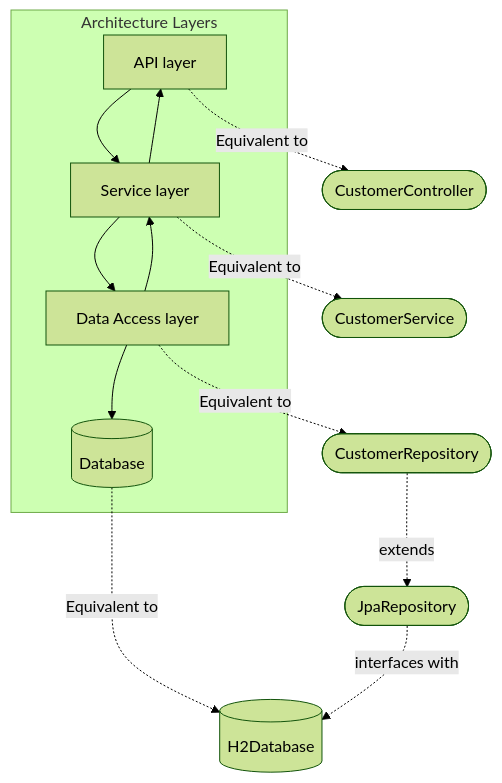
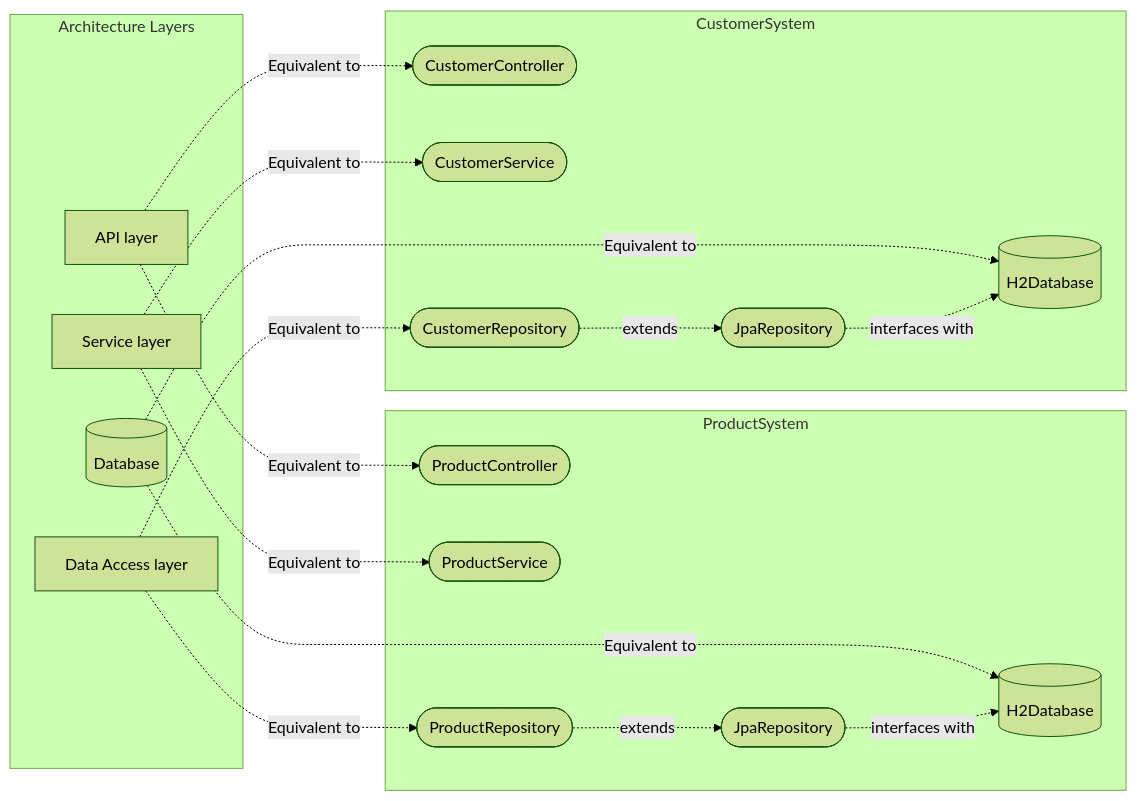
One commit to pauls0/uow-csci318-groupproject changed the first of 3 diagrams in README.md. Above: the diagram before and after it, drawn with Mermaid (forest theme). The commit also changed other lines of this file, not shown here.

Commit message:
Update README.md, product system documentation

````diff
--- a/README.md
+++ b/README.md
@@ -285,25 +459,35 @@
 ```mermaid
-graph TB
+graph LR
+  subgraph Architecture Layers
+    A[API layer]
+    B[Service layer]
+    C[Data Access layer]
+    D[(Database)]
+  end
+  subgraph ProductSystem
+    Class6([ProductController])
+    Class7([ProductService])
+    Class8([ProductRepository])
+    Class9([JpaRepository])
+    Class10[(H2Database)]
+  end
+  subgraph CustomerSystem
     Class1([CustomerController])
     Class2([CustomerService])
     Class3([CustomerRepository])
     Class4([JpaRepository])
     Class5[(H2Database)]
-    subgraph Architecture Layers
-        A[API layer]
-        B[Service layer]
-        C[Data Access layer]
-        D[(Database)]
-        end
-    A --> B
-    B --> A
-    B --> C
-    C --> B
-    C --> D
-    A -.->|Equivalent to| Class1
-    B -.->|Equivalent to| Class2
-    C -.->|Equivalent to| Class3
-    D -.->|Equivalent to| Class5
-    Class3 -.->|extends| Class4
-    Class4 -.->|interfaces with| Class5
+  end
+  A -.->|Equivalent to| Class1
+  B -.->|Equivalent to| Class2
+  C -.->|Equivalent to| Class3
+  D -.->|Equivalent to| Class5
+  Class3 -.->|extends| Class4
+  Class4 -.->|interfaces with| Class5
+  A -.->|Equivalent to| Class6
+  B -.->|Equivalent to| Class7
+  C -.->|Equivalent to| Class8
+  D -.->|Equivalent to| Class10
+  Class8 -.->|extends| Class9
+  Class9 -.->|interfaces with| Class10
 ```
````
